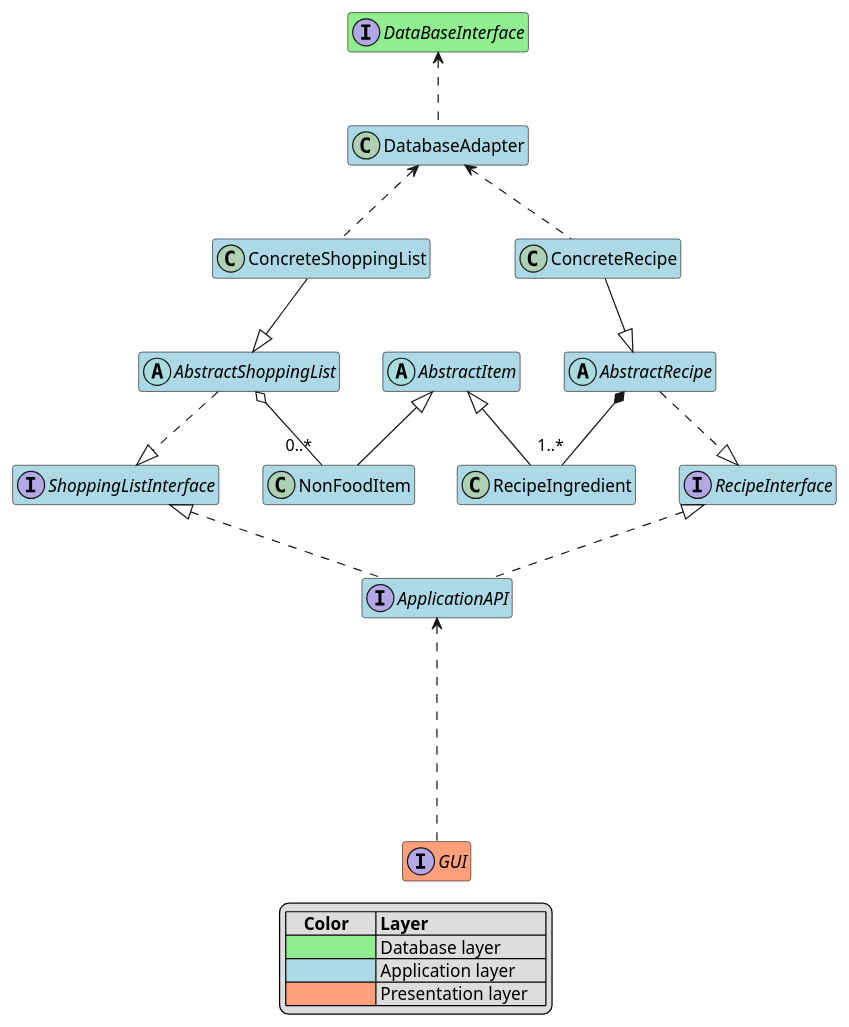
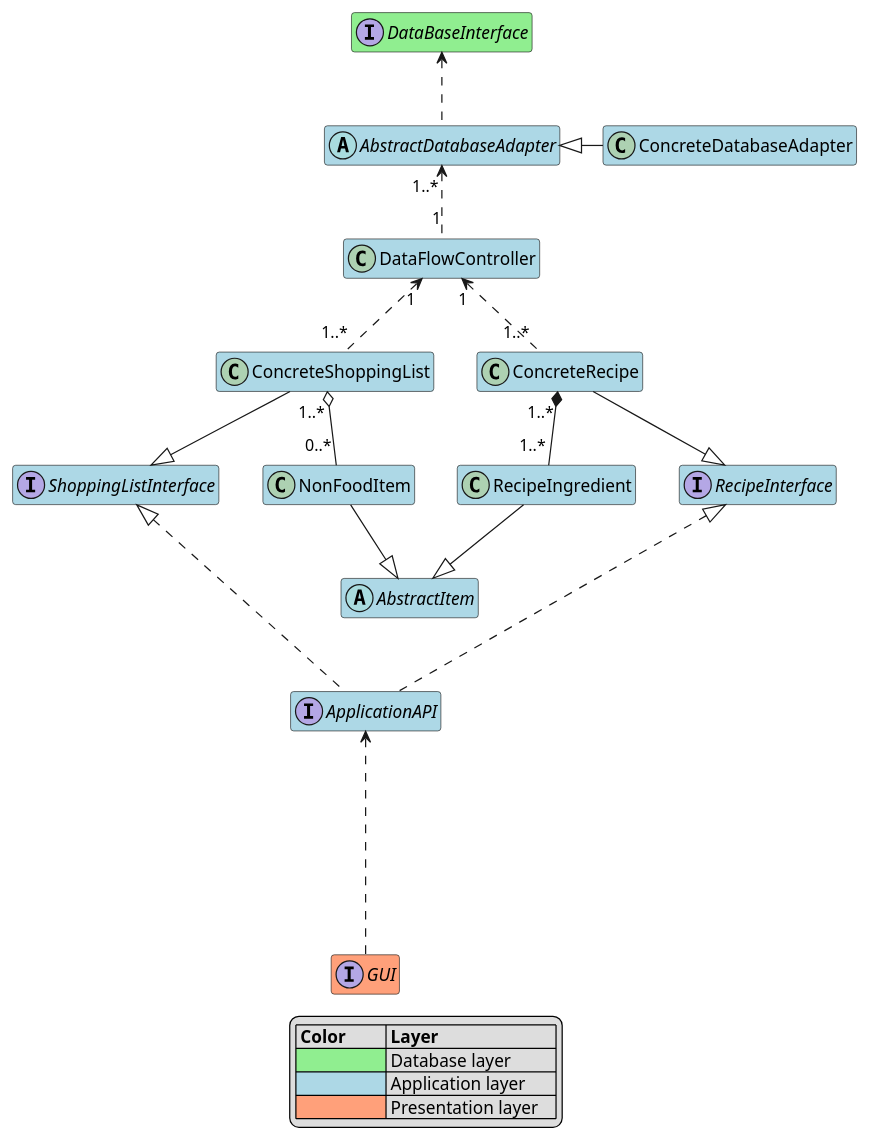
The diagram in Architecture/BlackBoxViewApplication.puml (Uhgtred/Recipe_Shopping_List), drawn with PlantUML before and after one commit.

Commit message:
Enhancing BlackBoxViewApplication.puml

```diff
--- a/Architecture/BlackBoxViewApplication.puml
+++ b/Architecture/BlackBoxViewApplication.puml
@@ -1,51 +1,51 @@
 @startuml
 hide empty members
 
 
 interface DataBaseInterface #lightgreen
 
 
 interface GUI #lightsalmon
 GUI ..u..> ApplicationAPI
 
 
 interface RecipeInterface #lightblue
 interface ShoppingListInterface #lightblue
 abstract class AbstractItem #lightblue
 
-class DatabaseAdapter #lightblue
-DatabaseAdapter .u.> DataBaseInterface
+abstract class AbstractDatabaseAdapter #lightblue
+AbstractDatabaseAdapter .u.> DataBaseInterface
+
+class ConcreteDatabaseAdapter #lightblue
+ConcreteDatabaseAdapter -l-|> AbstractDatabaseAdapter
+
+class DataFlowController #lightblue
+DataFlowController "1" .u.> "1..*" AbstractDatabaseAdapter
 
 interface ApplicationAPI #lightblue
-ApplicationAPI .u.|> RecipeInterface
-ApplicationAPI .u.|> ShoppingListInterface
-
-abstract class AbstractRecipe #lightblue
-AbstractRecipe ..|> RecipeInterface
-
-abstract class AbstractShoppingList #lightblue
-AbstractShoppingList ..|> ShoppingListInterface
+ApplicationAPI .u..|> RecipeInterface
+ApplicationAPI .u..|> ShoppingListInterface
 
 class ConcreteShoppingList #lightblue
-ConcreteShoppingList --|> AbstractShoppingList
-ConcreteShoppingList .u.> DatabaseAdapter
+ConcreteShoppingList --|> ShoppingListInterface
+ConcreteShoppingList "1..*" .u.> "1" DataFlowController
 
 class ConcreteRecipe #lightblue
-ConcreteRecipe  --|> AbstractRecipe
-ConcreteRecipe .u.> DatabaseAdapter
+ConcreteRecipe  --|> RecipeInterface
+ConcreteRecipe "1..*" .u.> "1" DataFlowController
 
 class RecipeIngredient #lightblue
-RecipeIngredient "1..*" -u-* AbstractRecipe
-RecipeIngredient -u-|> AbstractItem
+RecipeIngredient "1..*" -u-* "1..*" ConcreteRecipe
+RecipeIngredient -d-|> AbstractItem
 
 class NonFoodItem #lightblue
-NonFoodItem "0..*"-u-o AbstractShoppingList
-NonFoodItem -u-|> AbstractItem
+NonFoodItem "0..*"-u-o "1..*" ConcreteShoppingList
+NonFoodItem -d-|> AbstractItem
 
 legend bottom
-|    **Color**      | **Layer**             |
+| **Color**         | **Layer**             |
 | <#lightgreen>     | Database layer        |
 | <#lightblue>      | Application layer     |
-| <#lightsalmon>   | Presentation layer    |
+| <#lightsalmon>    | Presentation layer    |
 end legend
 @enduml
```
